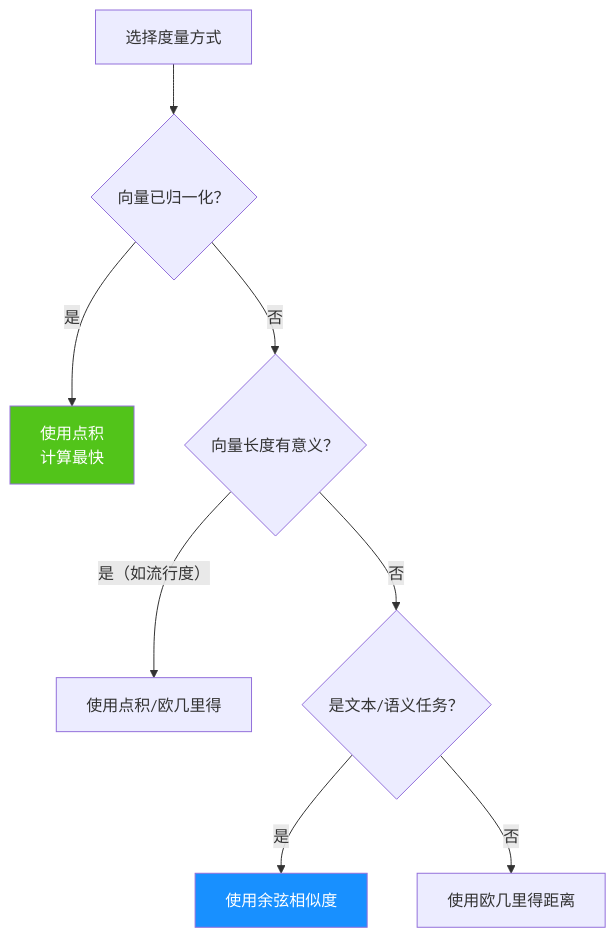
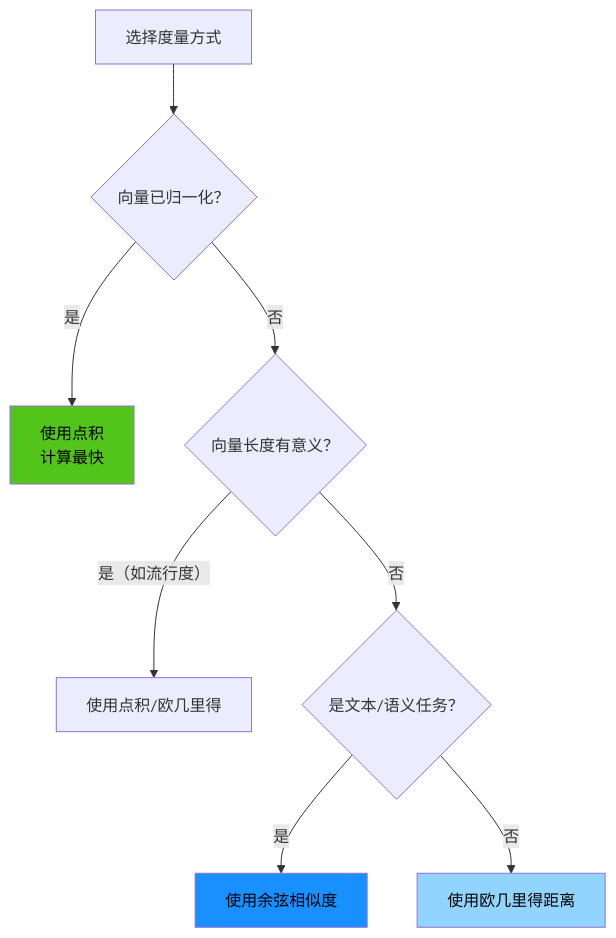
Diagram 35 of 42 in docs/research/003-vector-search-algorithm.md (ThreeFish-AI/agentic-ai-cognizes), drawn with Mermaid before and after one commit. The commit also changed other lines of this file, not shown here.

First line of the commit message:
docs(Research): 优化图表样式与选型流程描述;

````diff
--- a/docs/research/003-vector-search-algorithm.md
+++ b/docs/research/003-vector-search-algorithm.md
@@ -1734,13 +1734,14 @@
 ```mermaid
 flowchart TD
     START[选择度量方式] --> Q1{向量已归一化？}
     Q1 --> |是| USE_DOT[使用点积<br/>计算最快]
     Q1 --> |否| Q2{向量长度有意义？}
     Q2 --> |是（如流行度）| USE_IP[使用点积/欧几里得]
     Q2 --> |否| Q3{是文本/语义任务？}
     Q3 --> |是| USE_COS[使用余弦相似度]
     Q3 --> |否| USE_L2[使用欧几里得距离]
 
-    style USE_DOT fill:#52c41a,color:#fff
-    style USE_COS fill:#1890ff,color:#fff
+    style USE_DOT fill:#52c41a,color:#000000
+    style USE_COS fill:#1890ff,color:#000000
+    style USE_L2 fill:#91d5ff,color:#000000
 ```
````
